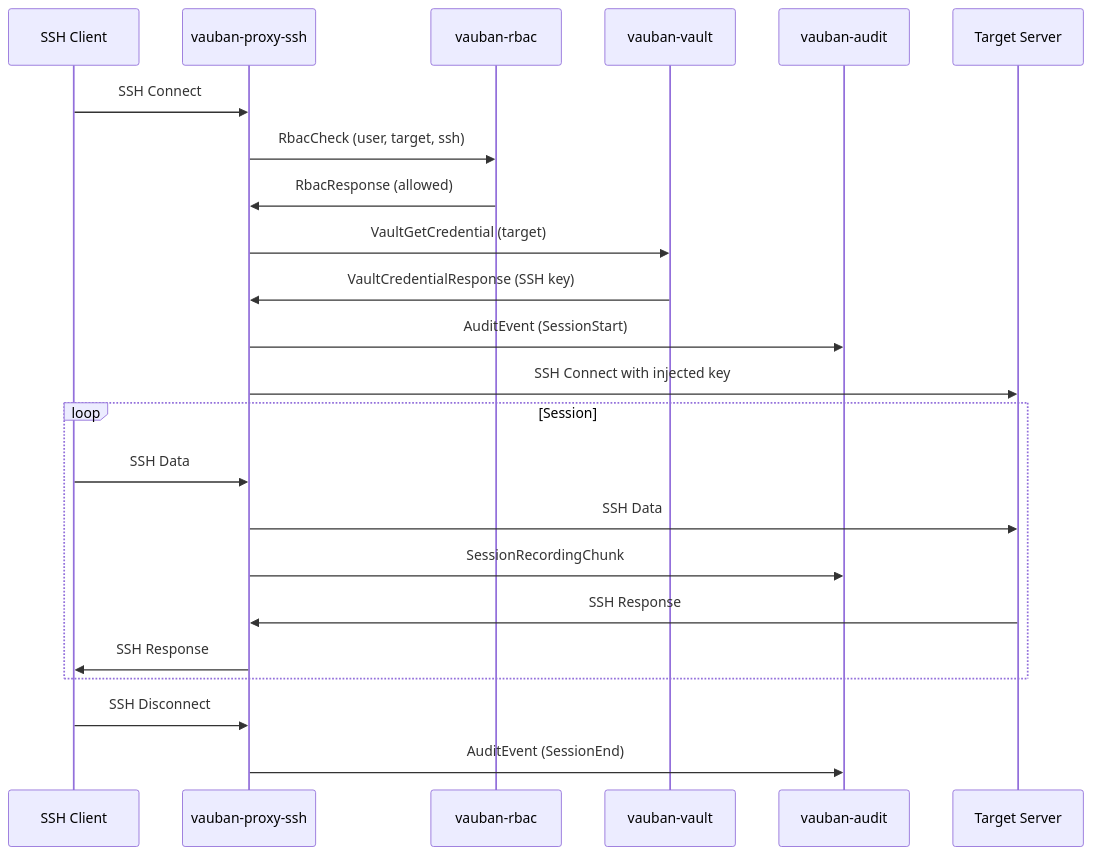
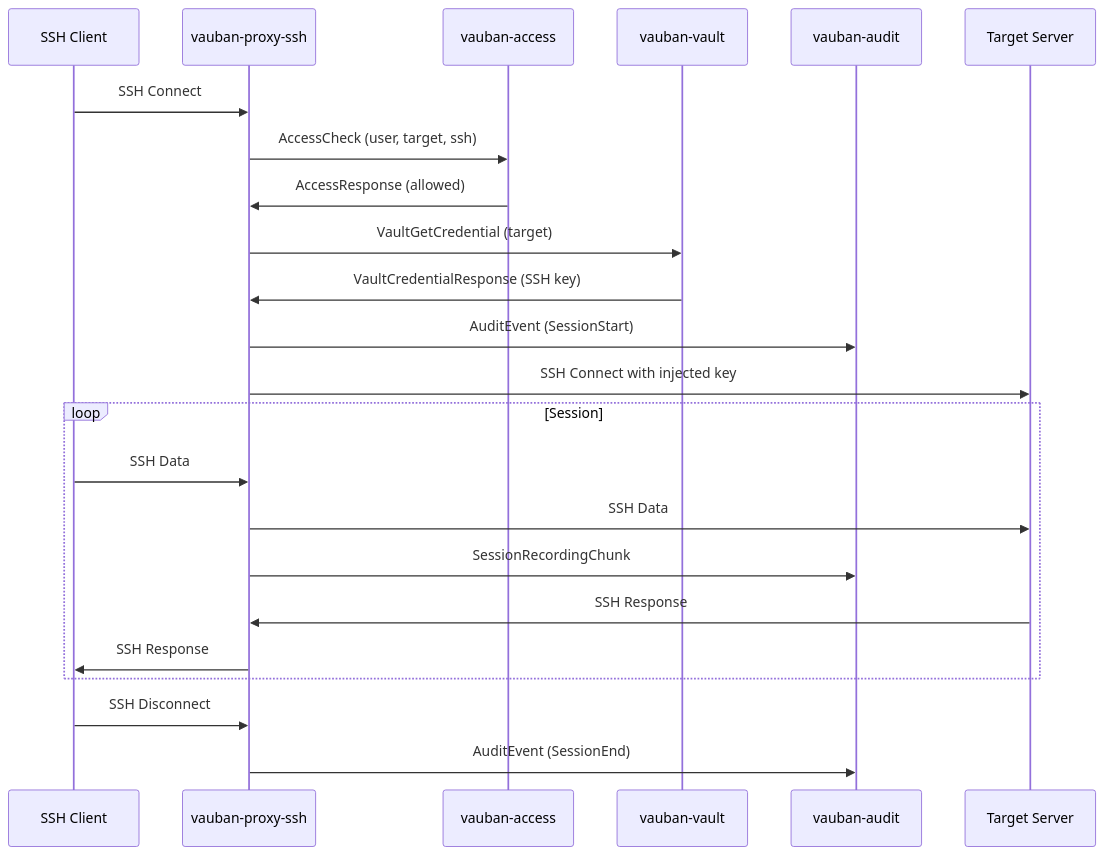
One commit to rbenaley/Vauban changed the seventh of 7 diagrams in docs/technical/Vauban_Privsep_Architecture_EN(1.0).md. Above: the diagram before and after it, drawn with Mermaid. The commit also changed other lines of this file and 140 other files, not shown here.

First line of the commit message:
feat!: vauban 0.4.0 - instance-level access control with service isolation

````diff
--- a/docs/technical/Vauban_Privsep_Architecture_EN(1.0).md
+++ b/docs/technical/Vauban_Privsep_Architecture_EN(1.0).md
@@ -849,28 +849,28 @@
 ```mermaid
 sequenceDiagram
     participant C as SSH Client
     participant P as vauban-proxy-ssh
-    participant R as vauban-rbac
+    participant R as vauban-access
     participant V as vauban-vault
     participant Au as vauban-audit
     participant T as Target Server
 
     C->>P: SSH Connect
-    P->>R: RbacCheck (user, target, ssh)
-    R->>P: RbacResponse (allowed)
+    P->>R: AccessCheck (user, target, ssh)
+    R->>P: AccessResponse (allowed)
     P->>V: VaultGetCredential (target)
     V->>P: VaultCredentialResponse (SSH key)
     P->>Au: AuditEvent (SessionStart)
     P->>T: SSH Connect with injected key
     
     loop Session
         C->>P: SSH Data
         P->>T: SSH Data
         P->>Au: SessionRecordingChunk
         T->>P: SSH Response
         P->>C: SSH Response
     end
     
     C->>P: SSH Disconnect
     P->>Au: AuditEvent (SessionEnd)
 ```
````
